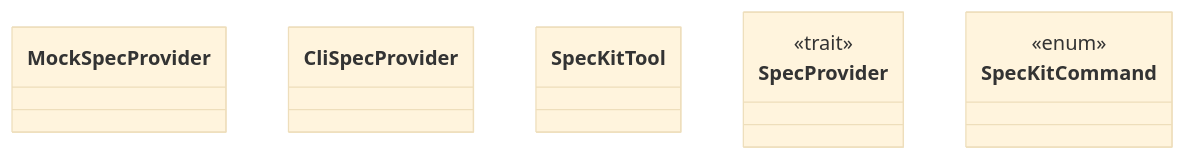
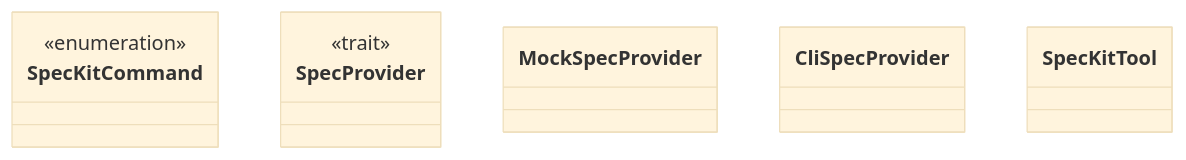
One commit to lgcorzo/rust_CACD_autonomous_factory changed the first of 2 diagrams in wiki/crates_factory-mcp-server_src_tools_spec_kit_tool.md. Above: the diagram before and after it, drawn with Mermaid (base theme). The commit also changed other lines of this file and 58 other files, not shown here.

````diff
--- a/wiki/crates_factory-mcp-server_src_tools_spec_kit_tool.md
+++ b/wiki/crates_factory-mcp-server_src_tools_spec_kit_tool.md
@@ -16,12 +16,12 @@
 ```mermaid
 classDiagram
+    class SpecKitCommand {
+        <<enumeration>>
+    }
+    class SpecProvider {
+        <<trait>>
+    }
     class MockSpecProvider
     class CliSpecProvider
     class SpecKitTool
-    class SpecProvider {
-        <<trait>>
-    }
-    class SpecKitCommand {
-        <<enum>>
-    }
 ```
````
